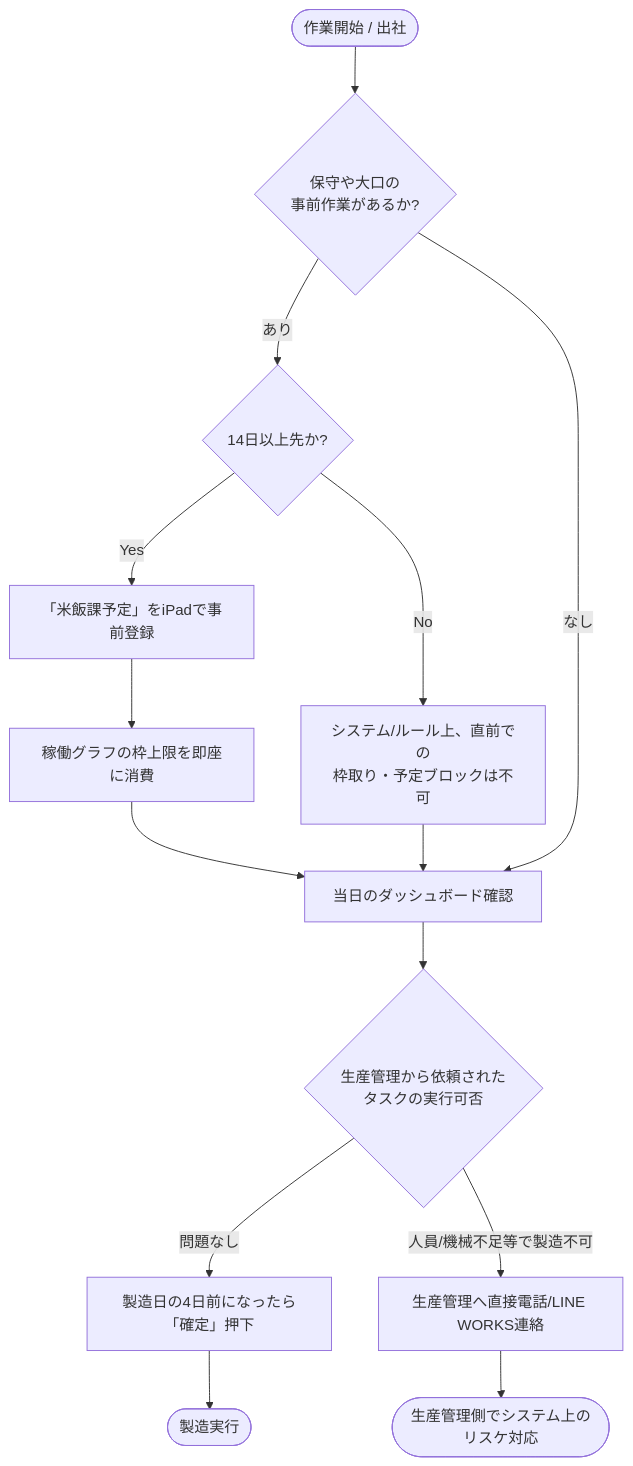
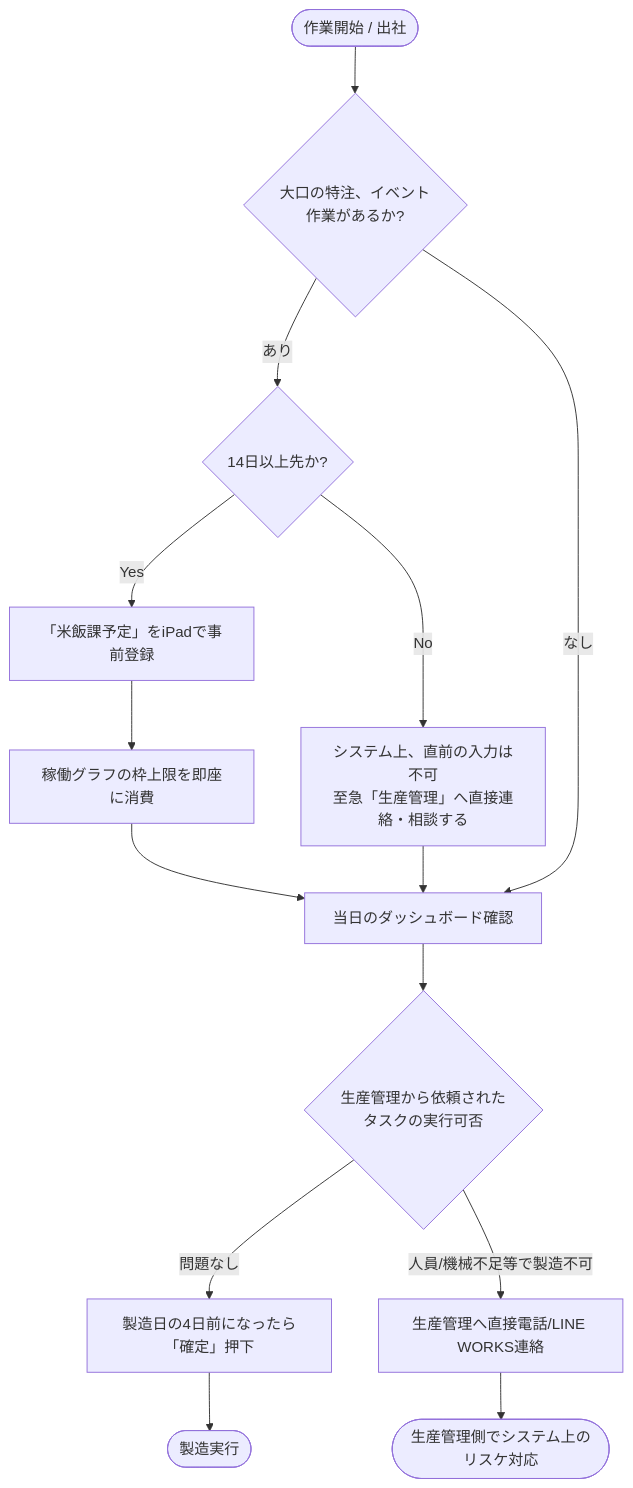
The fourth of 4 diagrams in appsheet_architecture/01_system_architecture.md (mihiro10/beihanka_irai_docs), drawn with Mermaid before and after one commit.

Commit message:
docs: add prod mgmt contact requirement for late rice dept schedule blocks

````diff
--- a/appsheet_architecture/01_system_architecture.md
+++ b/appsheet_architecture/01_system_architecture.md
@@ -93,20 +93,20 @@
 ```mermaid
 flowchart TD
-    A([作業開始 / 出社]) --> B{保守や大口の<br>事前作業があるか?}
+    A([作業開始 / 出社]) --> B{大口の特注、イベント<br>作業があるか?}
     
     B -->|あり| C{14日以上先か?}
     C -->|Yes| D[「米飯課予定」をiPadで事前登録]
-    C -->|No| E[システム/ルール上、直前での<br>枠取り・予定ブロックは不可]
+    C -->|No| E[システム上、直前の入力は不可<br>至急「生産管理」へ直接連絡・相談する]
     
     D --> F[稼働グラフの枠上限を即座に消費]
     F --> G[当日のダッシュボード確認]
     B -->|なし| G
     E --> G
     
     G --> H{生産管理から依頼された<br>タスクの実行可否}
     H -->|問題なし| I[製造日の4日前になったら「確定」押下]
     I --> J([製造実行])
     
     H -->|人員/機械不足等で製造不可| K[生産管理へ直接電話/LINE WORKS連絡]
     K --> L([生産管理側でシステム上のリスケ対応])
 ```
````
